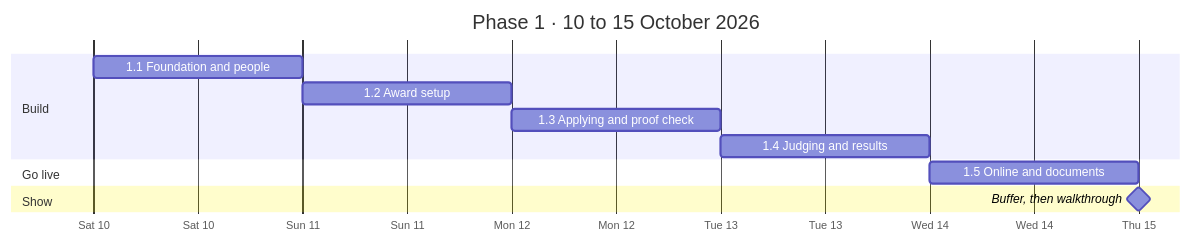
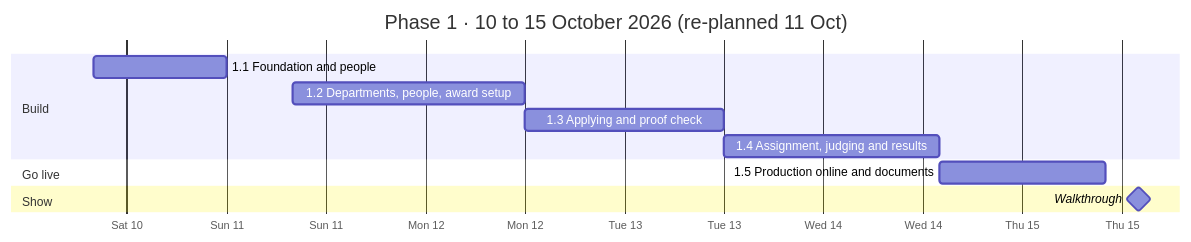
The first of 2 diagrams in docs/PHASE-1-ROADMAP.md (sumitdwivedi01/EigthyAwards), drawn with Mermaid before and after one commit. The commit also changed other lines of this file and 21 other files, not shown here.

First line of the commit message:
docs: phase 0.11 - re-plan around forms and judging (ADRs 0017-0019)

````diff
--- a/docs/PHASE-1-ROADMAP.md
+++ b/docs/PHASE-1-ROADMAP.md
@@ -45,15 +50,15 @@
 ```mermaid
 gantt
-    title Phase 1 · 10 to 15 October 2026
-    dateFormat YYYY-MM-DD
+    title Phase 1 · 10 to 15 October 2026 (re-planned 11 Oct)
+    dateFormat YYYY-MM-DD HH:mm
     axisFormat %a %d
     section Build
-    1.1 Foundation and people       :s1, 2026-10-10, 1d
-    1.2 Award setup                 :s2, 2026-10-11, 1d
-    1.3 Applying and proof check    :s3, 2026-10-12, 1d
-    1.4 Judging and results         :s4, 2026-10-13, 1d
+    1.1 Foundation and people              :s1, 2026-10-10 08:00, 16h
+    1.2 Departments, people, award setup   :s2, 2026-10-11 08:00, 28h
+    1.3 Applying and proof check           :s3, after s2, 24h
+    1.4 Assignment, judging and results    :s4, after s3, 26h
     section Go live
-    1.5 Online and documents        :s5, 2026-10-14, 1d
+    1.5 Production online and documents    :s5, after s4, 20h
     section Show
-    Buffer, then walkthrough        :milestone, m1, 2026-10-15, 0d
+    Walkthrough                            :milestone, m1, 2026-10-15 14:00, 0h
 ```
````
